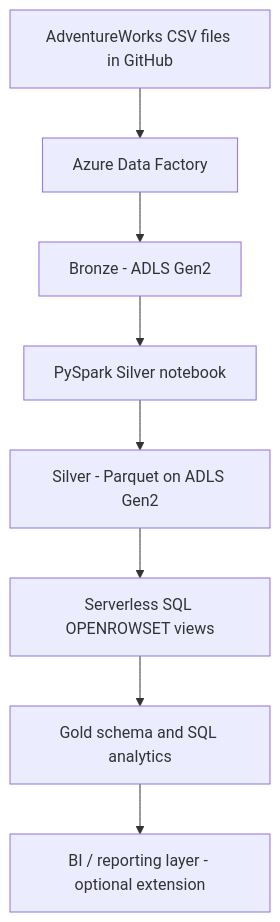
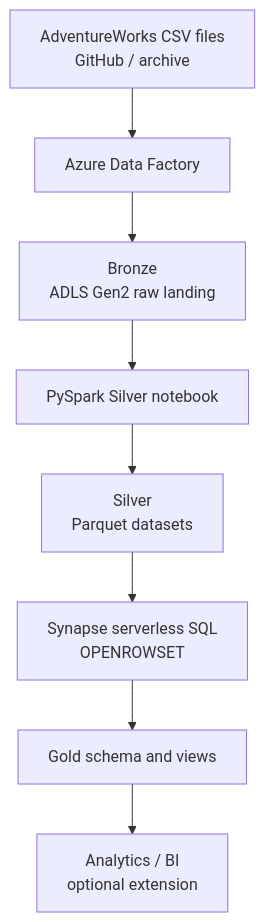
Before and after one commit to subhashre-m/AdventureWorkLoad_Project: the diagram in docs/ARCHITECTURE.md, drawn with Mermaid. The commit also changed other lines of this file, not shown here.

Commit message:
Expand architecture and deployment documentation

````diff
--- a/docs/ARCHITECTURE.md
+++ b/docs/ARCHITECTURE.md
@@ -5,10 +5,10 @@
 ```mermaid
 flowchart TD
-    A[AdventureWorks CSV files in GitHub] --> B[Azure Data Factory]
-    B --> C[Bronze - ADLS Gen2]
-    C --> D[PySpark Silver notebook]
-    D --> E[Silver - Parquet on ADLS Gen2]
-    E --> F[Serverless SQL OPENROWSET views]
-    F --> G[Gold schema and SQL analytics]
-    G --> H[BI / reporting layer - optional extension]
+    A["AdventureWorks CSV files<br/>GitHub / archive"] --> B["Azure Data Factory"]
+    B --> C["Bronze<br/>ADLS Gen2 raw landing"]
+    C --> D["PySpark Silver notebook"]
+    D --> E["Silver<br/>Parquet datasets"]
+    E --> F["Synapse serverless SQL<br/>OPENROWSET"]
+    F --> G["Gold schema and views"]
+    G --> H["Analytics / BI<br/>optional extension"]
 ```
````
